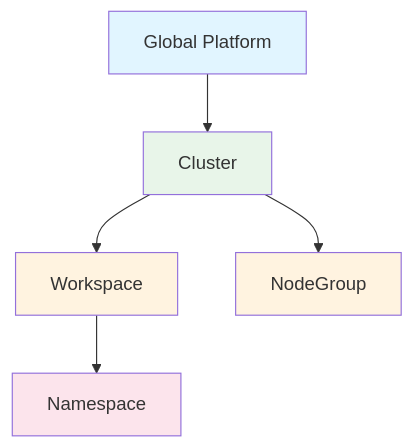
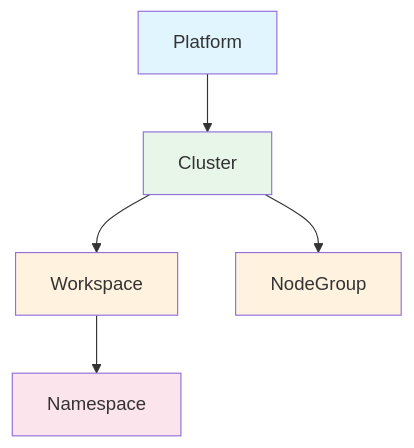
Before and after one commit to imneov/edge-website: the first of 3 diagrams in docs/developer/concepts/scope-system.md, drawn with Mermaid. The commit also changed other lines of this file and 16 other files, not shown here.

````diff
--- a/docs/developer/concepts/scope-system.md
+++ b/docs/developer/concepts/scope-system.md
@@ -31,13 +31,13 @@
 ```mermaid
 graph TD
-    A[Global Platform] --> B[Cluster]
+    A[Platform] --> B[Cluster]
     B --> C1[Workspace]
     B --> C2[NodeGroup]
     C1 --> D[Namespace]
 
     style A fill:#e1f5ff
     style B fill:#e8f5e9
     style C1 fill:#fff3e0
     style C2 fill:#fff3e0
     style D fill:#fce4ec
 ```
````
